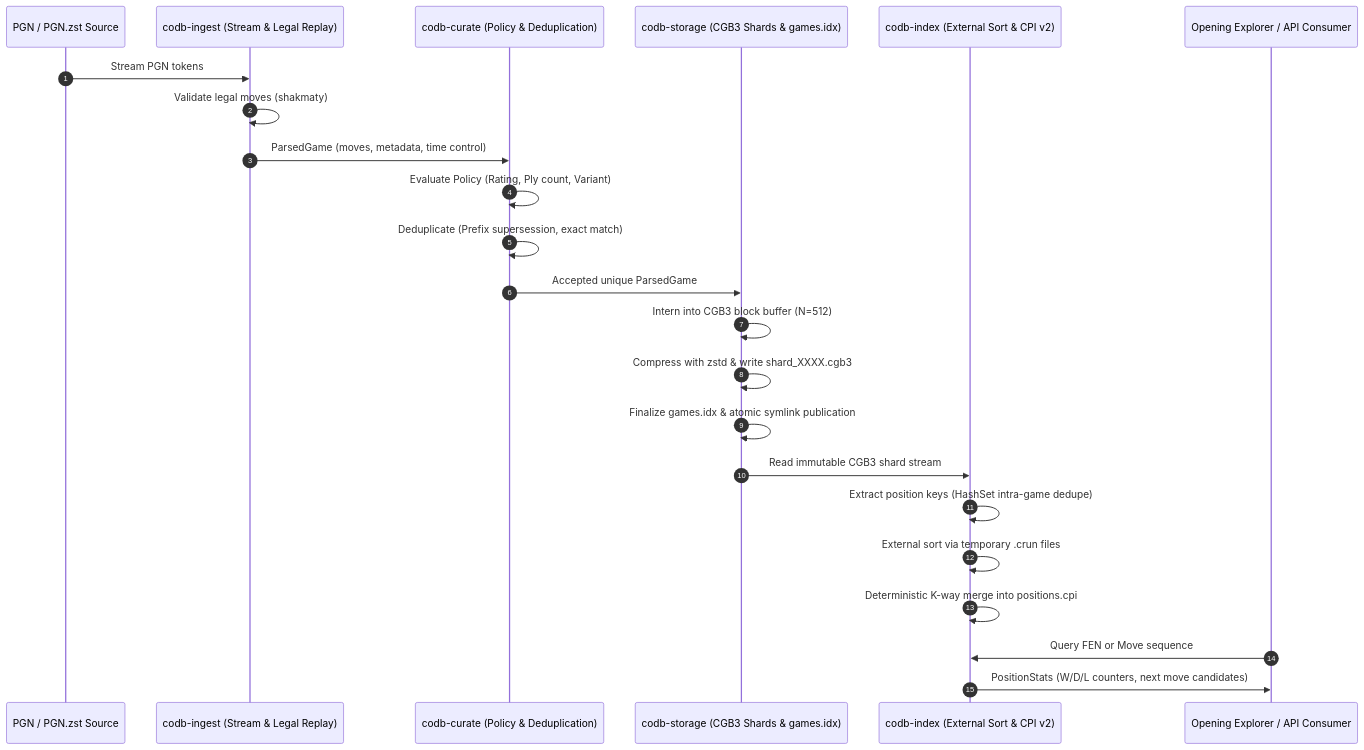
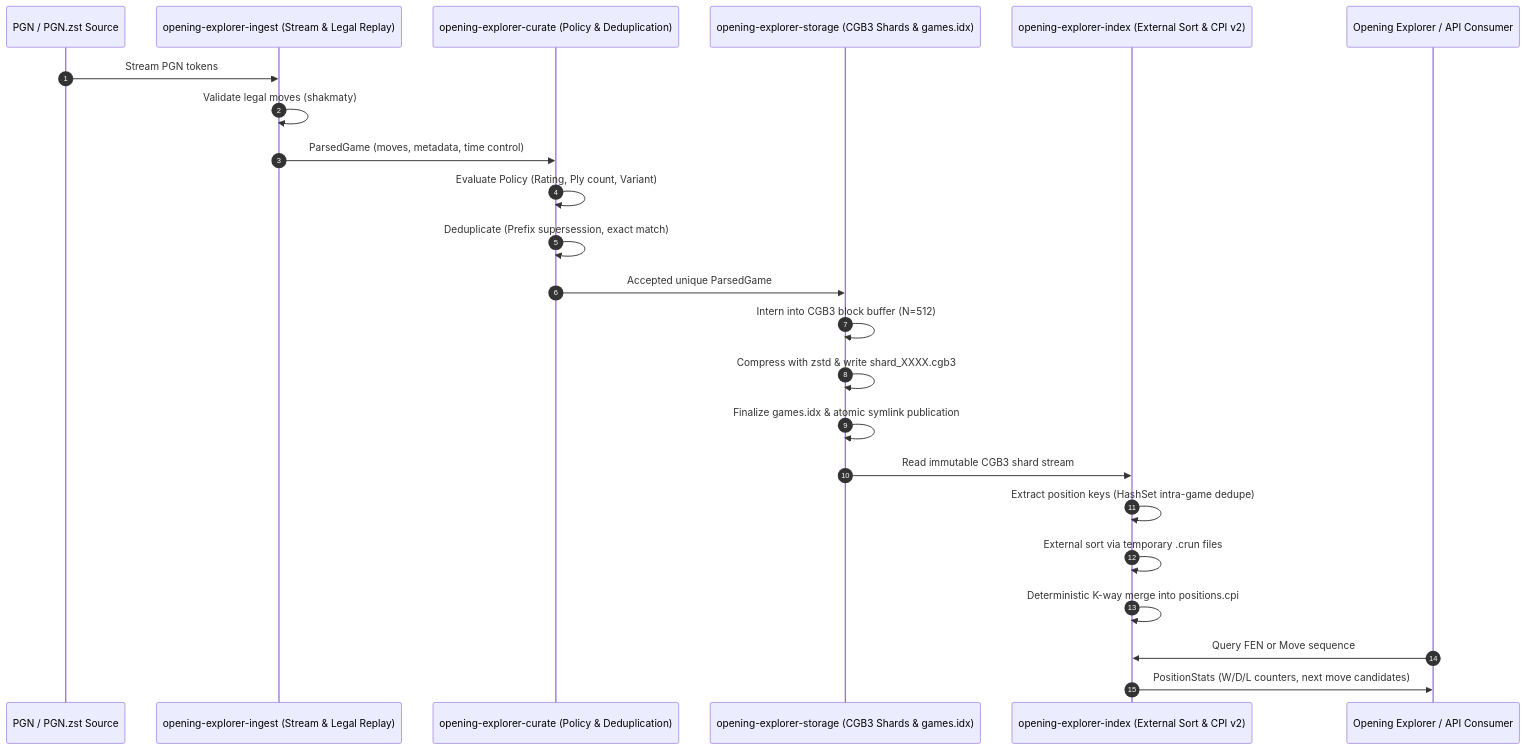
Before and after one commit to Nerver-zip/chess-database-api: the second of 4 diagrams in docs/ARCHITECTURE.md, drawn with Mermaid. The commit also changed other lines of this file and 149 other files, not shown here.

First line of the commit message:
feat: consolidate as opening-explorer-api with public dataset releases (#8)

````diff
--- a/docs/ARCHITECTURE.md
+++ b/docs/ARCHITECTURE.md
@@ -125,26 +125,26 @@
 ```mermaid
 sequenceDiagram
     autonumber
     participant Source as PGN / PGN.zst Source
-    participant Ingest as codb-ingest (Stream & Legal Replay)
-    participant Curate as codb-curate (Policy & Deduplication)
-    participant Storage as codb-storage (CGB3 Shards & games.idx)
-    participant Index as codb-index (External Sort & CPI v2)
+    participant Ingest as opening-explorer-ingest (Stream & Legal Replay)
+    participant Curate as opening-explorer-curate (Policy & Deduplication)
+    participant Storage as opening-explorer-storage (CGB3 Shards & games.idx)
+    participant Index as opening-explorer-index (External Sort & CPI v2)
     participant Consumer as Opening Explorer / API Consumer
 
     Source->>Ingest: Stream PGN tokens
     Ingest->>Ingest: Validate legal moves (shakmaty)
     Ingest->>Curate: ParsedGame (moves, metadata, time control)
     Curate->>Curate: Evaluate Policy (Rating, Ply count, Variant)
     Curate->>Curate: Deduplicate (Prefix supersession, exact match)
     Curate->>Storage: Accepted unique ParsedGame
     Storage->>Storage: Intern into CGB3 block buffer (N=512)
     Storage->>Storage: Compress with zstd & write shard_XXXX.cgb3
     Storage->>Storage: Finalize games.idx & atomic symlink publication
     Storage->>Index: Read immutable CGB3 shard stream
     Index->>Index: Extract position keys (HashSet intra-game dedupe)
     Index->>Index: External sort via temporary .crun files
     Index->>Index: Deterministic K-way merge into positions.cpi
     Consumer->>Index: Query FEN or Move sequence
     Index->>Consumer: PositionStats (W/D/L counters, next move candidates)
 ```
````
